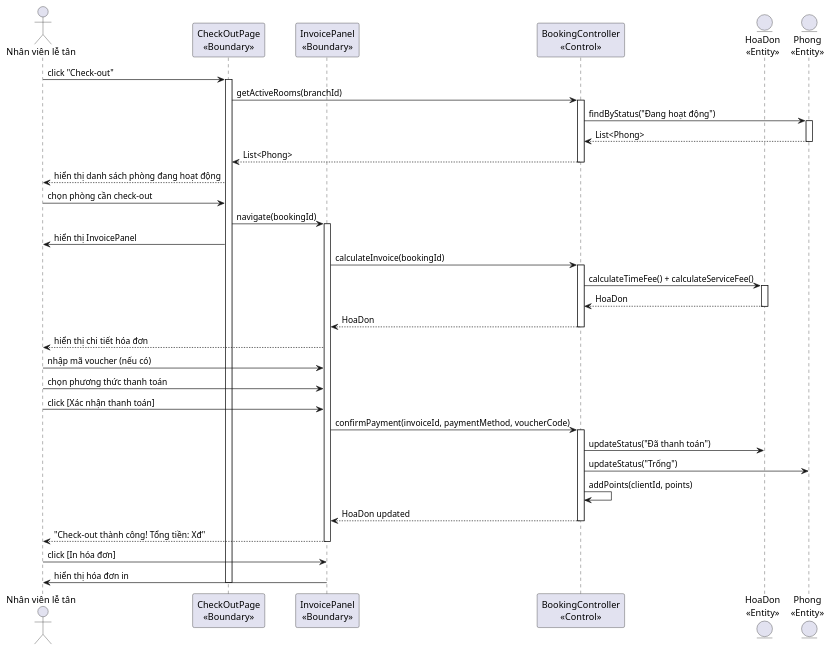
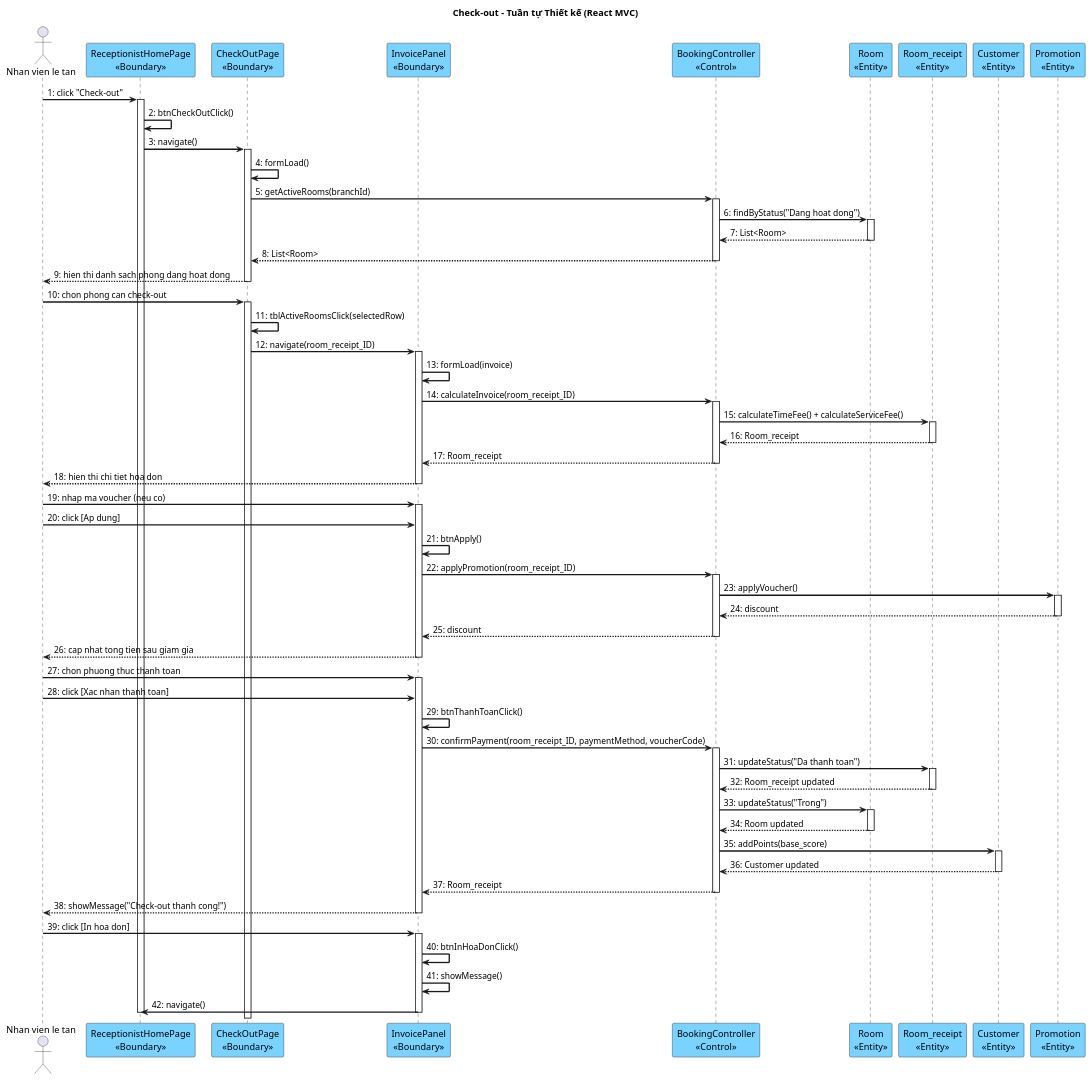
Before and after one commit to thanhtrnnn/cnpm: the third of 4 diagrams in docs/tabs/section-booking-iii.4.md, drawn with PlantUML. The commit also changed other lines of this file and 10 other files, not shown here.

First line of the commit message:
fix: update all 8 sequence diagrams with cnpm skill style

````diff
--- a/docs/tabs/section-booking-iii.4.md
+++ b/docs/tabs/section-booking-iii.4.md
@@ -229,54 +295,107 @@
 ```plantuml
 @startuml
-actor "Nhân viên lễ tân" as NV
-participant "CheckOutPage\n<<Boundary>>" as CheckOut
-participant "InvoicePanel\n<<Boundary>>" as Invoice
+skinparam shadowing false
+skinparam SequenceMessageAlign left
+skinparam SequenceArrowThickness 2
+skinparam ParticipantBackgroundColor #7AD2FF
+skinparam ParticipantBorderColor black
+skinparam BoundaryBackgroundColor #7AD2FF
+skinparam BoundaryBorderColor black
+skinparam ControlBackgroundColor #7AD2FF
+skinparam ControlBorderColor black
+skinparam EntityBackgroundColor #7AD2FF
+skinparam EntityBorderColor black
+
+title Check-out – Tuần tự Thiết kế (React MVC)
+
+actor "Nhan vien le tan" as NV
+participant "ReceptionistHomePage\n<<Boundary>>" as Home
+participant "CheckOutPage\n<<Boundary>>" as COP
+participant "InvoicePanel\n<<Boundary>>" as IP
 participant "BookingController\n<<Control>>" as Ctrl
-entity "HoaDon\n<<Entity>>" as HD
-entity "Phong\n<<Entity>>" as Phong
+participant "Room\n<<Entity>>" as Room
+participant "Room_receipt\n<<Entity>>" as RR
+participant "Customer\n<<Entity>>" as Cust
+participant "Promotion\n<<Entity>>" as Promo
 
-NV -> CheckOut: click "Check-out"
-activate CheckOut
-CheckOut -> Ctrl: getActiveRooms(branchId)
+NV -> Home : 1: click "Check-out"
+activate Home
+Home -> Home : 2: btnCheckOutClick()
+Home -> COP : 3: navigate()
+activate COP
+COP -> COP : 4: formLoad()
+COP -> Ctrl : 5: getActiveRooms(branchId)
 activate Ctrl
-Ctrl -> Phong: findByStatus("Đang hoạt động")
-activate Phong
-Phong --> Ctrl: List<Phong>
-deactivate Phong
-Ctrl --> CheckOut: List<Phong>
+Ctrl -> Room : 6: findByStatus("Dang hoat dong")
+activate Room
+Room --> Ctrl : 7: List<Room>
+deactivate Room
+Ctrl --> COP : 8: List<Room>
 deactivate Ctrl
-CheckOut --> NV: hiển thị danh sách phòng đang hoạt động
+COP --> NV : 9: hien thi danh sach phong dang hoat dong
+deactivate COP
 
-NV -> CheckOut: chọn phòng cần check-out
-CheckOut -> Invoice: navigate(bookingId)
-activate Invoice
-CheckOut -> NV: hiển thị InvoicePanel
+NV -> COP : 10: chon phong can check-out
+activate COP
+COP -> COP : 11: tblActiveRoomsClick(selectedRow)
+COP -> IP : 12: navigate(room_receipt_ID)
+activate IP
+IP -> IP : 13: formLoad(invoice)
+IP -> Ctrl : 14: calculateInvoice(room_receipt_ID)
+activate Ctrl
+Ctrl -> RR : 15: calculateTimeFee() + calculateServiceFee()
+activate RR
+RR --> Ctrl : 16: Room_receipt
+deactivate RR
+Ctrl --> IP : 17: Room_receipt
+deactivate Ctrl
+IP --> NV : 18: hien thi chi tiet hoa don
+deactivate IP
 
-Invoice -> Ctrl: calculateInvoice(bookingId)
+NV -> IP : 19: nhap ma voucher (neu co)
+activate IP
+NV -> IP : 20: click [Ap dung]
+IP -> IP : 21: btnApply()
+IP -> Ctrl : 22: applyPromotion(room_receipt_ID)
 activate Ctrl
-Ctrl -> HD: calculateTimeFee() + calculateServiceFee()
-activate HD
-HD --> Ctrl: HoaDon
-deactivate HD
-Ctrl --> Invoice: HoaDon
+Ctrl -> Promo : 23: applyVoucher()
+activate Promo
+Promo --> Ctrl : 24: discount
+deactivate Promo
+Ctrl --> IP : 25: discount
 deactivate Ctrl
-Invoice --> NV: hiển thị chi tiết hóa đơn
+IP --> NV : 26: cap nhat tong tien sau giam gia
+deactivate IP
 
-NV -> Invoice: nhập mã voucher (nếu có)
-NV -> Invoice: chọn phương thức thanh toán
-NV -> Invoice: click [Xác nhận thanh toán]
-Invoice -> Ctrl: confirmPayment(invoiceId, paymentMethod, voucherCode)
+NV -> IP : 27: chon phuong thuc thanh toan
+activate IP
+NV -> IP : 28: click [Xac nhan thanh toan]
+IP -> IP : 29: btnThanhToanClick()
+IP -> Ctrl : 30: confirmPayment(room_receipt_ID, paymentMethod, voucherCode)
 activate Ctrl
-Ctrl -> HD: updateStatus("Đã thanh toán")
-Ctrl -> Phong: updateStatus("Trống")
-Ctrl -> Ctrl: addPoints(clientId, points)
-Ctrl --> Invoice: HoaDon updated
+Ctrl -> RR : 31: updateStatus("Da thanh toan")
+activate RR
+RR --> Ctrl : 32: Room_receipt updated
+deactivate RR
+Ctrl -> Room : 33: updateStatus("Trong")
+activate Room
+Room --> Ctrl : 34: Room updated
+deactivate Room
+Ctrl -> Cust : 35: addPoints(base_score)
+activate Cust
+Cust --> Ctrl : 36: Customer updated
+deactivate Cust
+Ctrl --> IP : 37: Room_receipt
 deactivate Ctrl
-Invoice --> NV: "Check-out thành công! Tổng tiền: Xđ"
-deactivate Invoice
+IP --> NV : 38: showMessage("Check-out thanh cong!")
+deactivate IP
 
-NV -> Invoice: click [In hóa đơn]
-Invoice -> NV: hiển thị hóa đơn in
-deactivate CheckOut
+NV -> IP : 39: click [In hoa don]
+activate IP
+IP -> IP : 40: btnInHoaDonClick()
+IP -> IP : 41: showMessage()
+IP -> Home : 42: navigate()
+deactivate IP
+deactivate Home
 @enduml
 ```
````
